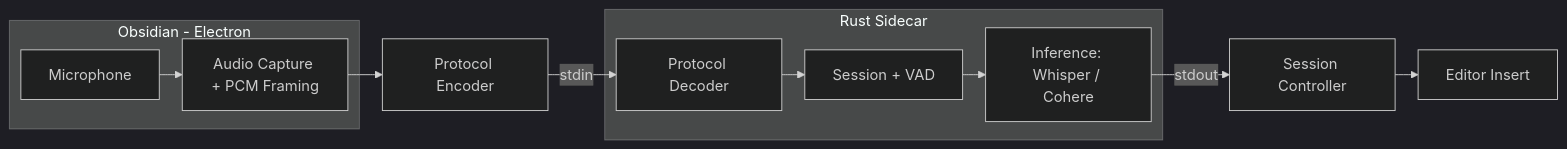
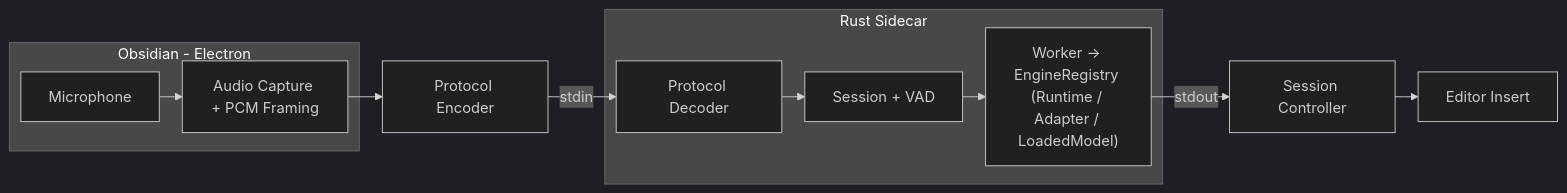
Before and after one commit to brittain9/obsidian-local-speech-to-text: the first of 8 diagrams in docs/architecture/system-architecture.md, drawn with Mermaid (dark theme). The commit also changed other lines of this file and 12 other files, not shown here.

````diff
--- a/docs/architecture/system-architecture.md
+++ b/docs/architecture/system-architecture.md
@@ -7,23 +7,23 @@
 ```mermaid
 ---
 config:
   flowchart:
     nodeSpacing: 20
     rankSpacing: 25
     diagramPadding: 8
     wrappingWidth: 120
 ---
 flowchart LR
     subgraph Obsidian ["Obsidian - Electron"]
         MIC["Microphone"] --> CAPTURE["Audio Capture + PCM Framing"]
     end
 
     CAPTURE --> PROTO_TS["Protocol Encoder"]
     PROTO_TS -->|"stdin"| PROTO_RS["Protocol Decoder"]
 
     subgraph Sidecar ["Rust Sidecar"]
-        PROTO_RS --> SESSION["Session + VAD"] --> WORKER["Inference: Whisper / Cohere"]
+        PROTO_RS --> SESSION["Session + VAD"] --> WORKER["Worker -> EngineRegistry (Runtime / Adapter / LoadedModel)"]
     end
 
     WORKER -->|"stdout"| CTRL["Session Controller"] --> EDITOR["Editor Insert"]
 ```
````
